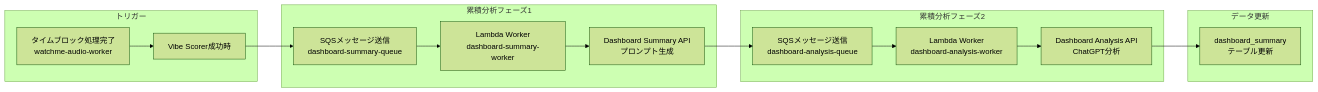
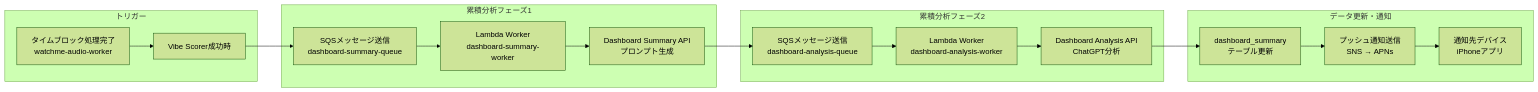
The second of 2 diagrams in PROCESSING_ARCHITECTURE.md (hey-watchme/server-configs), drawn with Mermaid (forest theme) before and after one commit. The commit also changed other lines of this file and 2 other files, not shown here.

First line of the commit message:
feat: プッシュ通知システム実装完了（AWS SNS + APNs）

````diff
--- a/PROCESSING_ARCHITECTURE.md
+++ b/PROCESSING_ARCHITECTURE.md
@@ -90,22 +90,24 @@
 ```mermaid
 graph LR
     subgraph "トリガー"
         A[タイムブロック処理完了<br/>watchme-audio-worker] --> B[Vibe Scorer成功時]
     end
     
     subgraph "累積分析フェーズ1"
         B --> C[SQSメッセージ送信<br/>dashboard-summary-queue]
         C --> D[Lambda Worker<br/>dashboard-summary-worker]
         D --> E[Dashboard Summary API<br/>プロンプト生成]
     end
     
     subgraph "累積分析フェーズ2"
         E --> F[SQSメッセージ送信<br/>dashboard-analysis-queue]
         F --> G[Lambda Worker<br/>dashboard-analysis-worker]
         G --> H[Dashboard Analysis API<br/>ChatGPT分析]
     end
-    
-    subgraph "データ更新"
+
+    subgraph "データ更新・通知"
         H --> I[dashboard_summary<br/>テーブル更新]
+        I --> J[プッシュ通知送信<br/>SNS → APNs]
+        J --> K[通知先デバイス<br/>iPhoneアプリ]
     end
 ```
````
